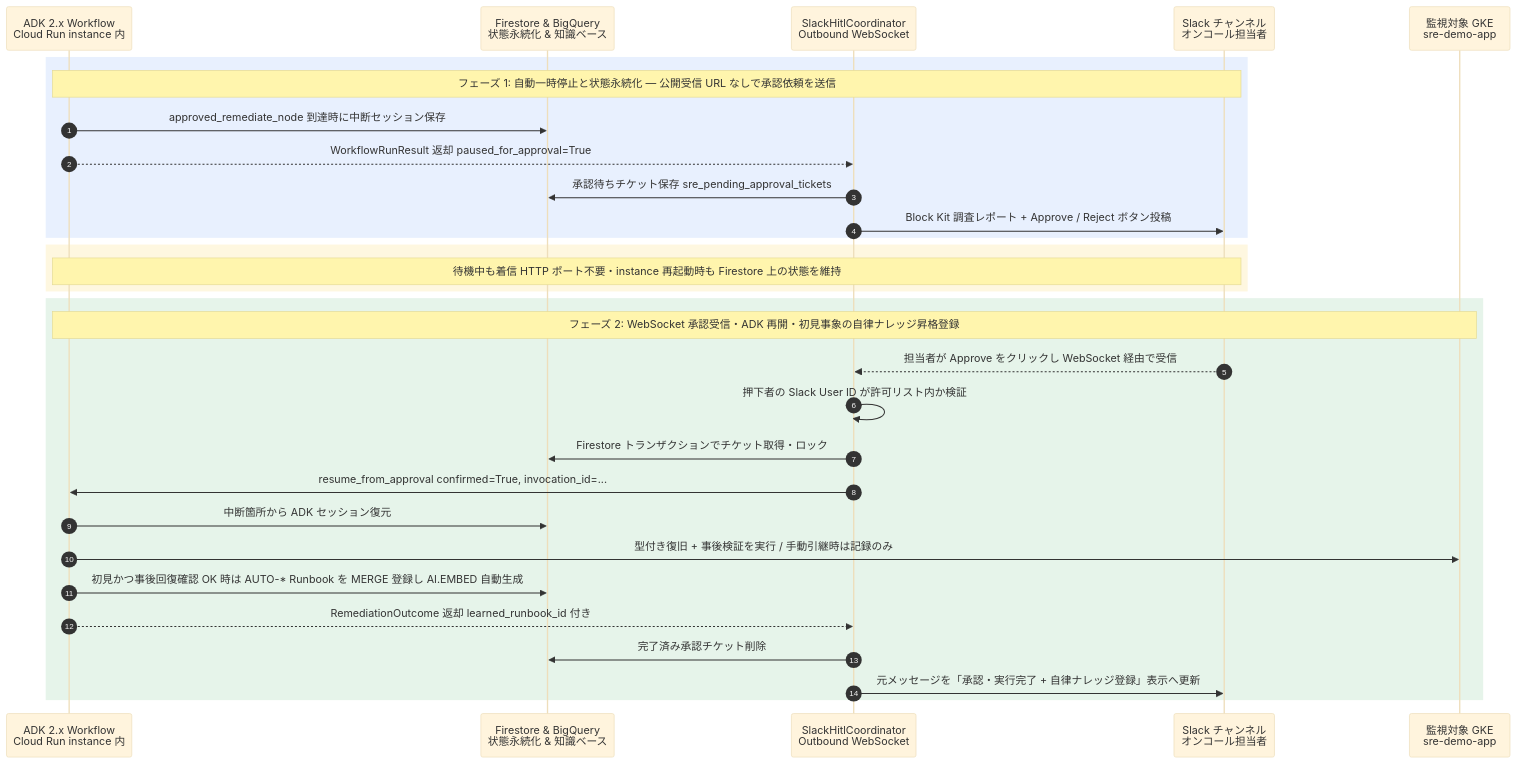
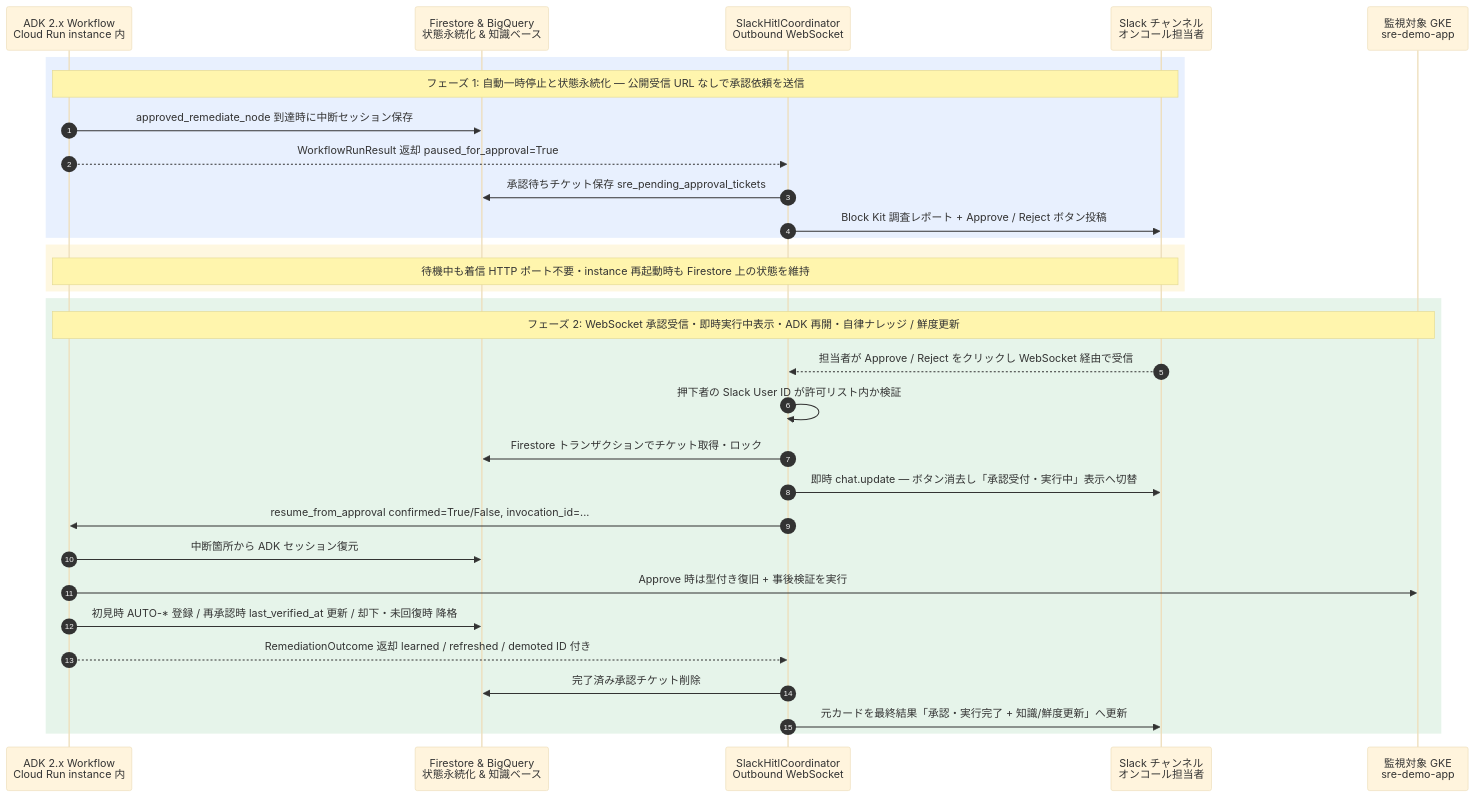
The fourth of 4 diagrams in docs/04-auto-remediation-and-slack-hitl.md (tyorikan/agentic-sre-handson), drawn with Mermaid (base theme) before and after one commit. The commit also changed other lines of this file and 35 other files, not shown here.

````diff
--- a/docs/04-auto-remediation-and-slack-hitl.md
+++ b/docs/04-auto-remediation-and-slack-hitl.md
@@ -160,35 +167,36 @@
 ```mermaid
 sequenceDiagram
     autonumber
     participant WF as ADK 2.x Workflow<br/>Cloud Run instance 内
     participant DB as Firestore & BigQuery<br/>状態永続化 & 知識ベース
     participant Bolt as SlackHitlCoordinator<br/>Outbound WebSocket
     participant Slack as Slack チャンネル<br/>オンコール担当者
     participant GKE as 監視対象 GKE<br/>sre-demo-app
 
     rect rgb(232, 240, 254)
         Note over WF,Slack: フェーズ 1: 自動一時停止と状態永続化 — 公開受信 URL なしで承認依頼を送信
         WF->>DB: approved_remediate_node 到達時に中断セッション保存
         WF-->>Bolt: WorkflowRunResult 返却 paused_for_approval=True
         Bolt->>DB: 承認待ちチケット保存 sre_pending_approval_tickets
         Bolt->>Slack: Block Kit 調査レポート + Approve / Reject ボタン投稿
     end
 
     rect rgb(254, 247, 224)
         Note over WF,Slack: 待機中も着信 HTTP ポート不要・instance 再起動時も Firestore 上の状態を維持
     end
 
     rect rgb(230, 244, 234)
-        Note over WF,GKE: フェーズ 2: WebSocket 承認受信・ADK 再開・初見事象の自律ナレッジ昇格登録
-        Slack-->>Bolt: 担当者が Approve をクリックし WebSocket 経由で受信
+        Note over WF,GKE: フェーズ 2: WebSocket 承認受信・即時実行中表示・ADK 再開・自律ナレッジ / 鮮度更新
+        Slack-->>Bolt: 担当者が Approve / Reject をクリックし WebSocket 経由で受信
         Bolt->>Bolt: 押下者の Slack User ID が許可リスト内か検証
         Bolt->>DB: Firestore トランザクションでチケット取得・ロック
-        Bolt->>WF: resume_from_approval confirmed=True, invocation_id=...
+        Bolt->>Slack: 即時 chat.update — ボタン消去し「承認受付・実行中」表示へ切替
+        Bolt->>WF: resume_from_approval confirmed=True/False, invocation_id=...
         WF->>DB: 中断箇所から ADK セッション復元
-        WF->>GKE: 型付き復旧 + 事後検証を実行 / 手動引継時は記録のみ
-        WF->>DB: 初見かつ事後回復確認 OK 時は AUTO-* Runbook を MERGE 登録し AI.EMBED 自動生成
-        WF-->>Bolt: RemediationOutcome 返却 learned_runbook_id 付き
+        WF->>GKE: Approve 時は型付き復旧 + 事後検証を実行
+        WF->>DB: 初見時 AUTO-* 登録 / 再承認時 last_verified_at 更新 / 却下・未回復時 降格
+        WF-->>Bolt: RemediationOutcome 返却 learned / refreshed / demoted ID 付き
         Bolt->>DB: 完了済み承認チケット削除
-        Bolt->>Slack: 元メッセージを「承認・実行完了 + 自律ナレッジ登録」表示へ更新
+        Bolt->>Slack: 元カードを最終結果「承認・実行完了 + 知識/鮮度更新」へ更新
     end
 ```
````
